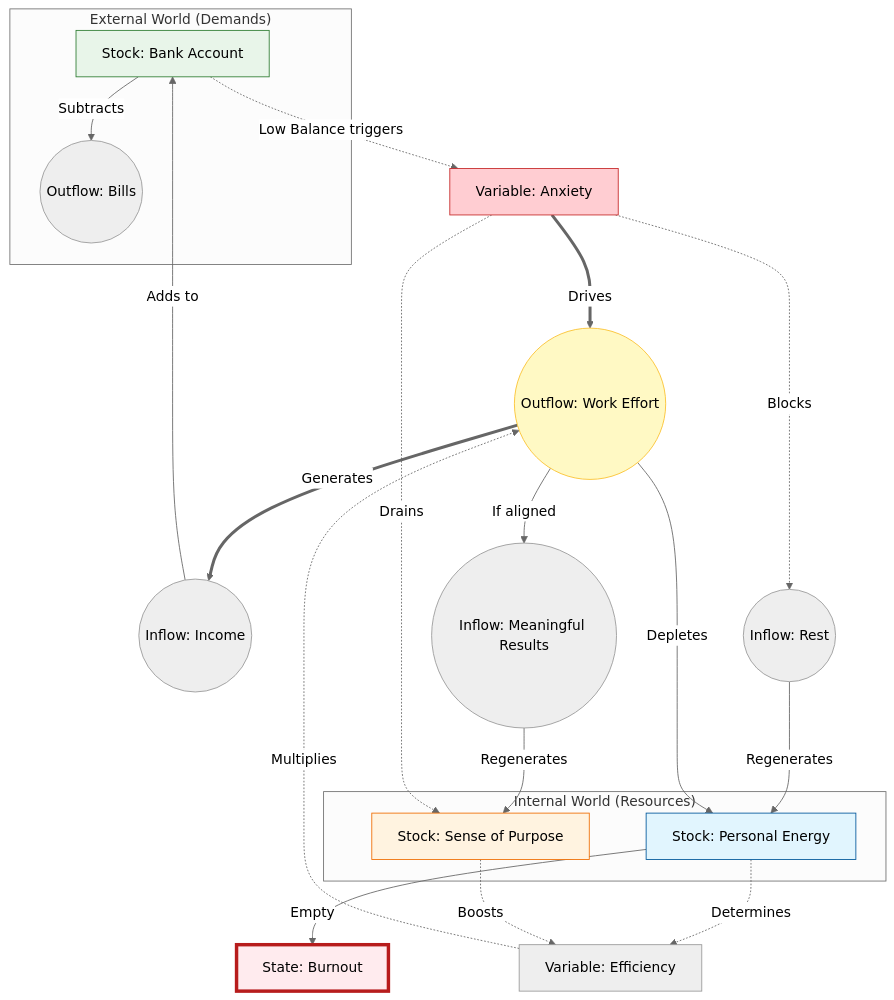
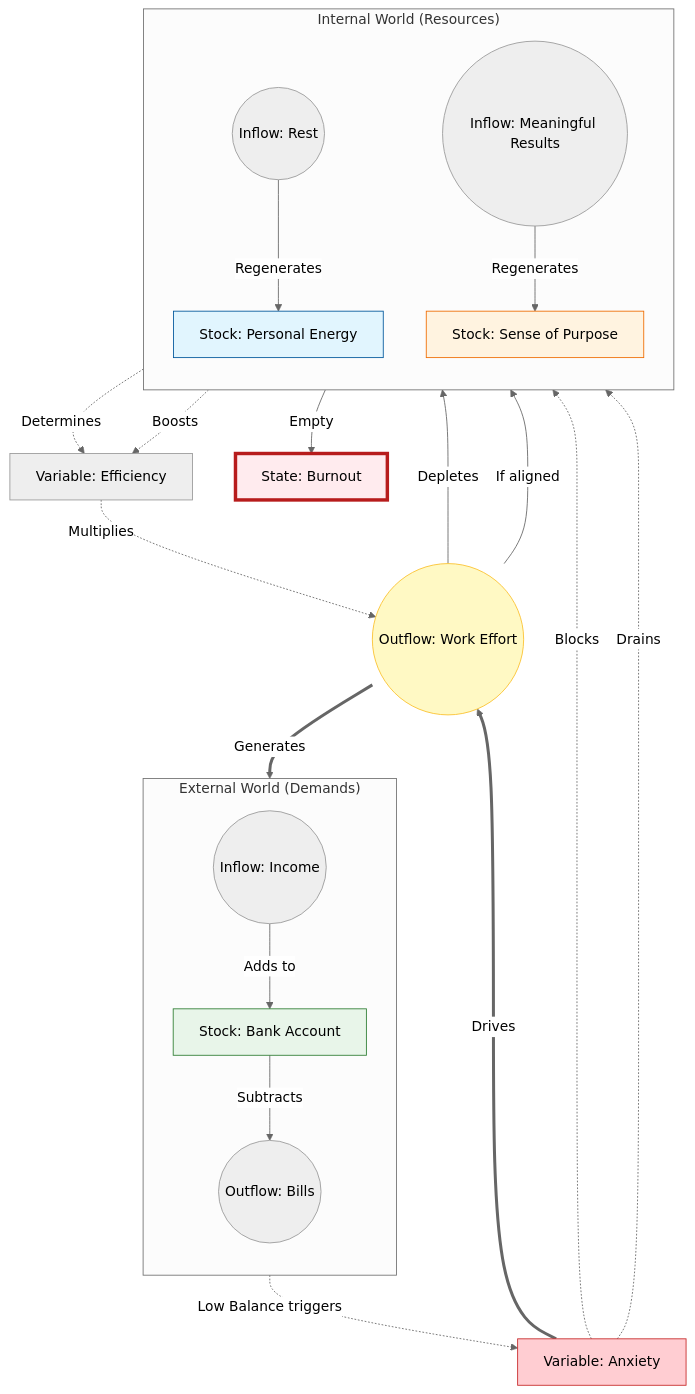
The diagram in 03_Manuscript/Part_V/26_mapping_the_machine.md (pvsmartinez/book), drawn with Mermaid (neutral theme) before and after one commit. The commit also changed 17 other files, not shown here.

````diff
--- a/03_Manuscript/Part_V/26_mapping_the_machine.md
+++ b/03_Manuscript/Part_V/26_mapping_the_machine.md
@@ -164,52 +164,59 @@
 ```mermaid
-flowchart TD
-    %% Layout
-    subgraph External["External World (Demands)"]
+flowchart TB
+    %% Layout: Define Subgraphs first
+    subgraph External ["External World (Demands)"]
+        direction TB
+        Income((Inflow: Income))
         Money[Stock: Bank Account]
         Expenses((Outflow: Bills))
+        
+        Income -->|Adds to| Money
+        Money -->|Subtracts| Expenses
     end
 
-    subgraph Internal["Internal World (Resources)"]
+    subgraph Internal ["Internal World (Resources)"]
+        direction TB
+        Rest((Inflow: Rest))
         Energy[Stock: Personal Energy]
         Purpose[Stock: Sense of Purpose]
+        Meaning((Inflow: Meaningful Results))
+        
+        Rest -->|Regenerates| Energy
+        Meaning -->|Regenerates| Purpose
     end
 
-    %% The Engine
+    %% Central Engine
+    Anxiety[Variable: Anxiety]
     WorkEffort((Outflow: Work Effort))
-    Income((Inflow: Income))
-    Rest((Inflow: Rest))
-    Meaning((Inflow: Meaningful Results))
+    Efficiency[Variable: Efficiency]
+    Burnout[State: Burnout]
 
     %% Survival Loop (The Driver)
-    Money -->|Subtracts| Expenses
-    Money -.->|Low Balance triggers| Anxiety[Variable: Anxiety]
+    Money -.->|Low Balance triggers| Anxiety
     Anxiety ==>|Drives| WorkEffort
     WorkEffort ==>|Generates| Income
-    Income -->|Adds to| Money
 
     %% Energy Loop (The Cost)
-    Rest -->|Regenerates| Energy
     WorkEffort -->|Depletes| Energy
-    Energy -.->|Determines| Efficiency[Variable: Efficiency]
+    Energy -.->|Determines| Efficiency
     Efficiency -.->|Multiplies| WorkEffort
 
     %% Purpose Loop (The Fuel)
     WorkEffort -->|If aligned| Meaning
-    Meaning -->|Regenerates| Purpose
     Purpose -.->|Boosts| Efficiency
 
     %% The Trap (Feedback Malfunction)
     Anxiety -.->|Blocks| Rest
     Anxiety -.->|Drains| Purpose
 
     %% The Breakpoint
-    Energy -->|Empty| Burnout[State: Burnout]
+    Energy -->|Empty| Burnout
 
     %% Styling
     style Money fill:#e8f5e9,stroke:#2e7d32
     style Energy fill:#e1f5fe,stroke:#01579b
     style Purpose fill:#fff3e0,stroke:#ef6c00
     style Burnout fill:#ffebee,stroke:#b71c1c,stroke-width:4px
     style Anxiety fill:#ffcdd2,stroke:#c62828
     style WorkEffort fill:#fff9c4,stroke:#fbc02d
 ```
````
